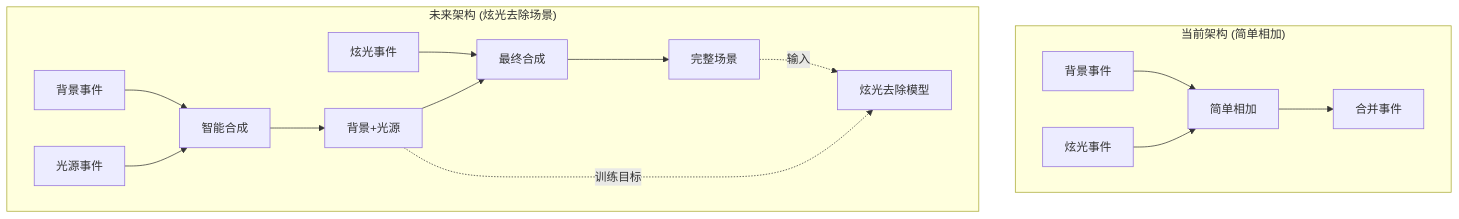
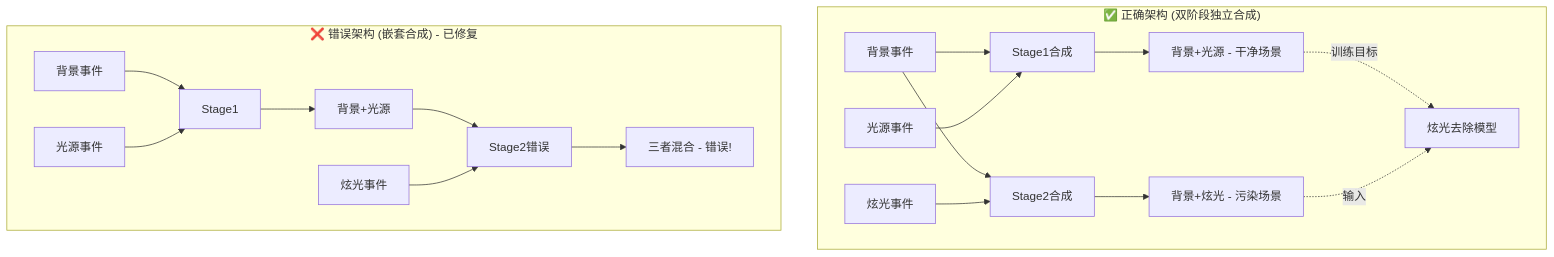
The second of 2 diagrams in CLAUDE.md (lanpokn/EDFFM), drawn with Mermaid before and after one commit. The commit also changed other lines of this file and 3 other files, not shown here.

````diff
--- a/CLAUDE.md
+++ b/CLAUDE.md
@@ -481,20 +481,24 @@
 ```mermaid
 graph TD
-    subgraph "当前架构 (简单相加)"
-        A1[背景事件] --> C1[简单相加]
-        B1[炫光事件] --> C1
-        C1 --> D1[合并事件]
+    subgraph "✅ 正确架构 (双阶段独立合成)"
+        A1[背景事件] --> C1[Stage1合成]
+        B1[光源事件] --> C1
+        A1 --> C2[Stage2合成]
+        E1[炫光事件] --> C2
+        
+        C1 --> F1[背景+光源 - 干净场景]
+        C2 --> F2[背景+炫光 - 污染场景]
+        
+        F1 -.->|训练目标| H1[炫光去除模型]
+        F2 -.->|输入| H1
     end
     
-    subgraph "未来架构 (炫光去除场景)"
-        A2[背景事件] --> C2[智能合成]
-        B2[光源事件] --> C2
-        E2[炫光事件] --> C3[最终合成]
-        C2 --> F2[背景+光源]
-        F2 --> C3
-        C3 --> G2[完整场景]
-        
-        F2 -.->|训练目标| H2[炫光去除模型]
-        G2 -.->|输入| H2
+    subgraph "❌ 错误架构 (嵌套合成) - 已修复"
+        A2[背景事件] --> C3[Stage1]
+        B2[光源事件] --> C3
+        C3 --> G1[背景+光源]
+        G1 --> C4[Stage2错误]
+        E2[炫光事件] --> C4
+        C4 --> G2[三者混合 - 错误!]
     end
 ```
````
